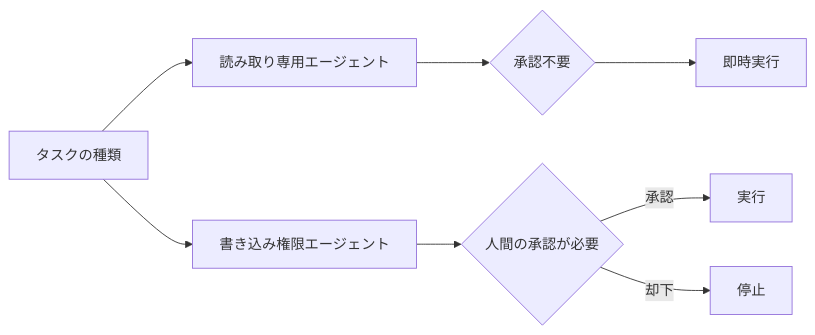
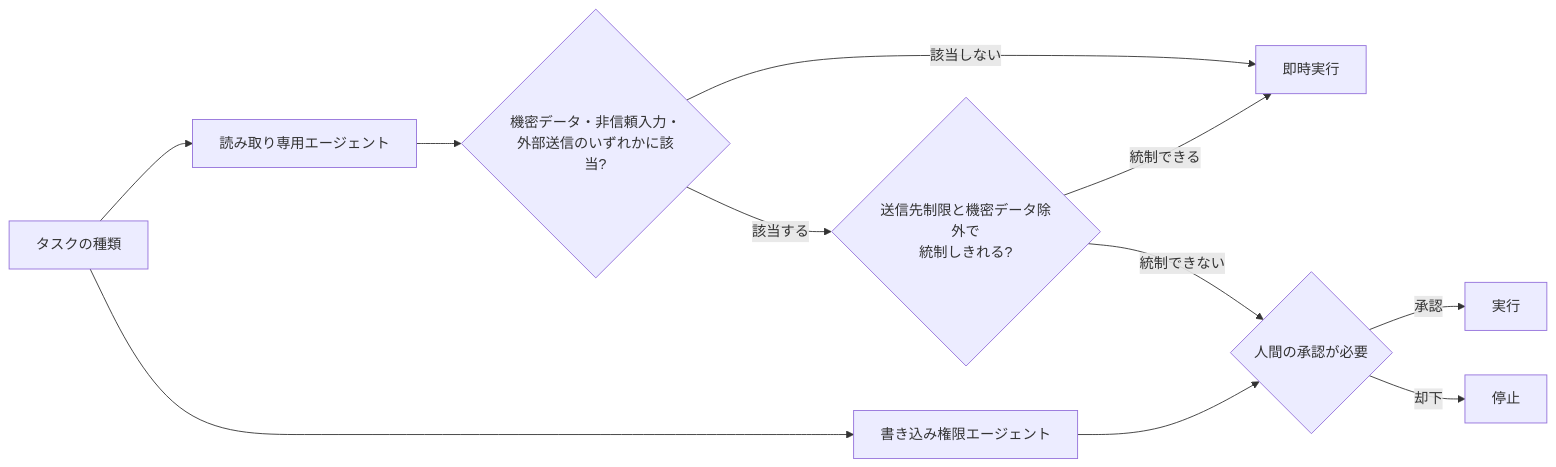
One commit to myoshi2891/Software-Design-and-Architecture changed diagram 18 of 22 in Designing-multi-agent-systems.md. Above: the diagram before and after it, drawn with Mermaid. The commit also changed other lines of this file and 3 other files, not shown here.

````diff
--- a/Designing-multi-agent-systems.md
+++ b/Designing-multi-agent-systems.md
@@ -590,10 +596,13 @@
 ```mermaid
 flowchart LR
     Task[タスクの種類] --> Read[読み取り専用エージェント]
     Task --> Write[書き込み権限エージェント]
-    Read --> Approve1{承認不要}
     Write --> Approve2{人間の承認が必要}
-    Approve1 --> Exec1[即時実行]
+    Read --> Trifecta{"機密データ・非信頼入力・<br/>外部送信のいずれかに該当?"}
+    Trifecta -->|該当しない| Exec1[即時実行]
+    Trifecta -->|該当する| Guard{"送信先制限と機密データ除外で<br/>統制しきれる?"}
+    Guard -->|統制できる| Exec1
+    Guard -->|統制できない| Approve2
     Approve2 -->|承認| Exec2[実行]
     Approve2 -->|却下| Stop[停止]
 ```
````
